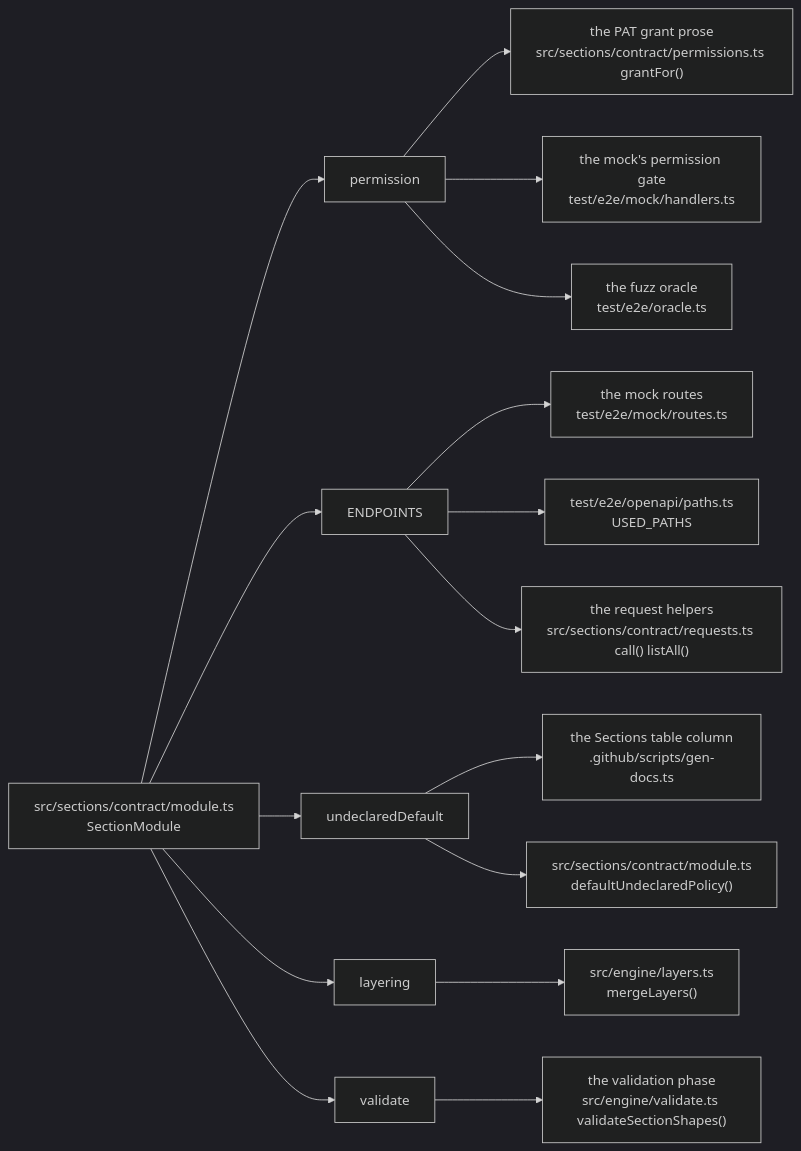
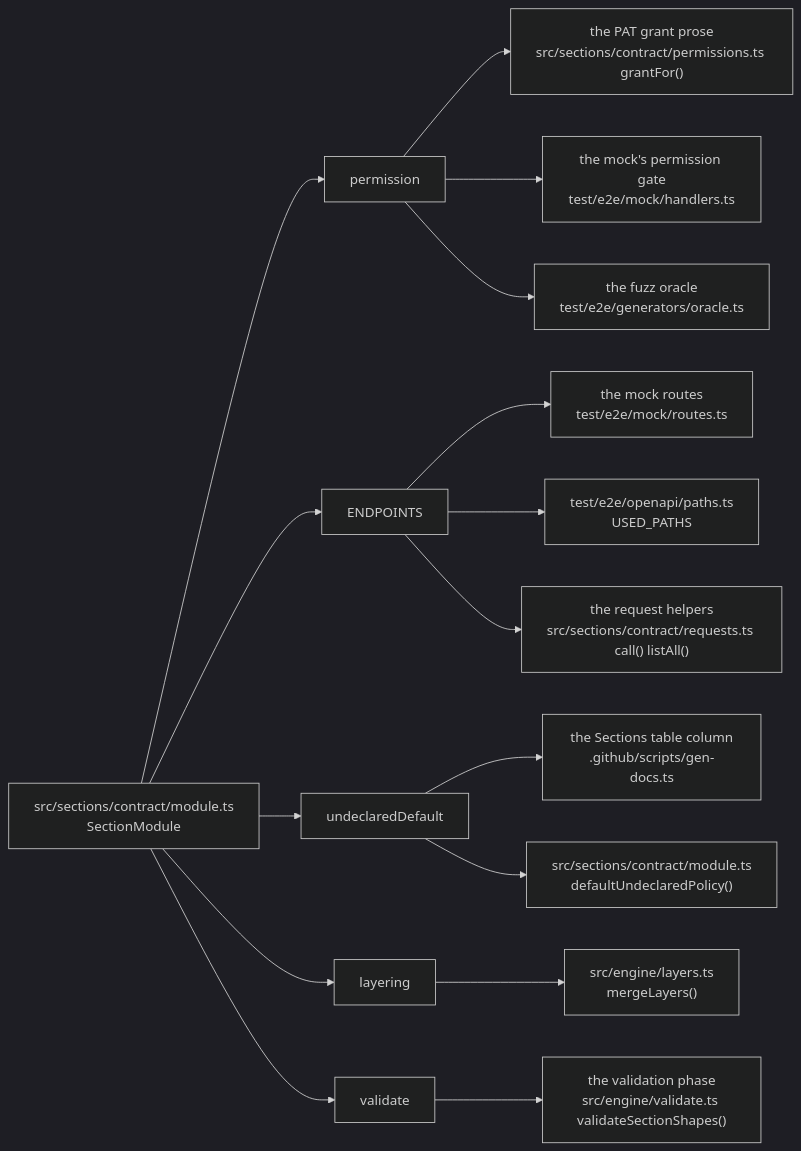
One commit to Vivswan/github-settings-as-code changed the seventh of 9 diagrams in docs/reference/architecture.md. Above: the diagram before and after it, drawn with Mermaid (dark theme). The commit also changed 64 other files, not shown here.

Commit message:
test(e2e): house the harness under generators/ and runner/, and name the scenario module scenario.ts (#490)

````diff
--- a/docs/reference/architecture.md
+++ b/docs/reference/architecture.md
@@ -223,34 +223,34 @@
 ```mermaid
 flowchart LR
   module["src/sections/contract/module.ts<br>SectionModule"]
   permission["permission"]
   endpoints["ENDPOINTS"]
   undeclared["undeclaredDefault"]
   layering["layering"]
   validate["validate"]
   grant["the PAT grant prose<br>src/sections/contract/permissions.ts grantFor()"]
   gate["the mock's permission gate<br>test/e2e/mock/handlers.ts"]
-  oracle["the fuzz oracle<br>test/e2e/oracle.ts"]
+  oracle["the fuzz oracle<br>test/e2e/generators/oracle.ts"]
   routes["the mock routes<br>test/e2e/mock/routes.ts"]
   paths["test/e2e/openapi/paths.ts<br>USED_PATHS"]
   calls["the request helpers<br>src/sections/contract/requests.ts call() listAll()"]
   column["the Sections table column<br>.github/scripts/gen-docs.ts"]
   policy["src/sections/contract/module.ts<br>defaultUndeclaredPolicy()"]
   fold["src/engine/layers.ts<br>mergeLayers()"]
   phase["the validation phase<br>src/engine/validate.ts validateSectionShapes()"]
   module --> permission
   module --> endpoints
   module --> undeclared
   module --> layering
   module --> validate
   permission --> grant
   permission --> gate
   permission --> oracle
   endpoints --> routes
   endpoints --> paths
   endpoints --> calls
   undeclared --> column
   undeclared --> policy
   layering --> fold
   validate --> phase
 ```
````
